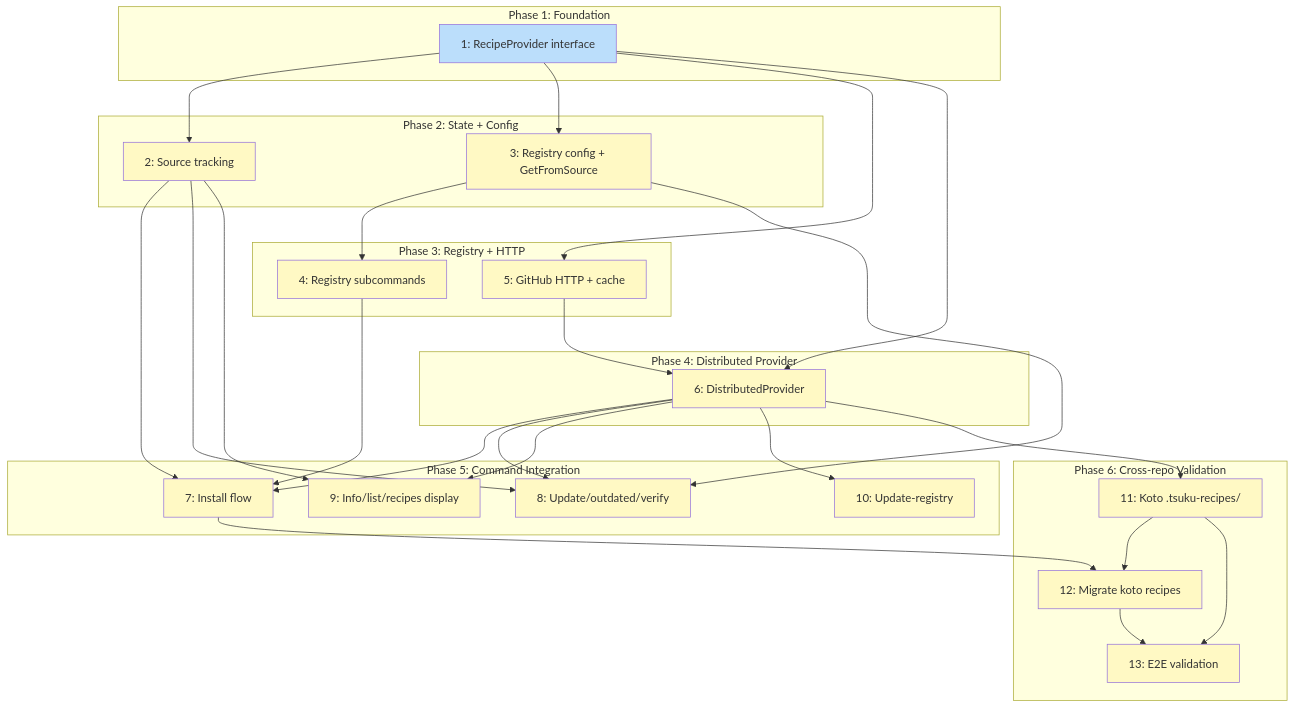
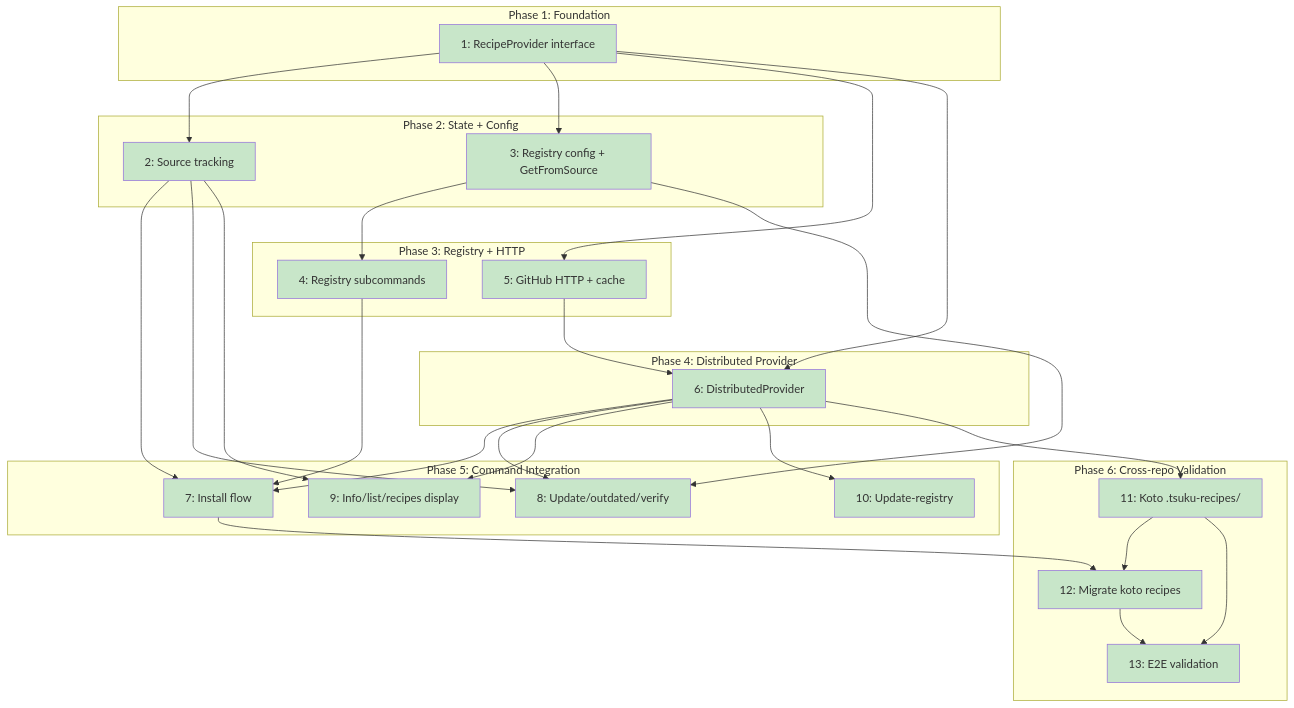
One commit to tsukumogami/tsuku changed the diagram in docs/plans/PLAN-distributed-recipes.md. Above: the diagram before and after it, drawn with Mermaid. The commit also changed other lines of this file, not shown here.

First line of the commit message:
docs(plan): mark PLAN-distributed-recipes as Done

````diff
--- a/docs/plans/PLAN-distributed-recipes.md
+++ b/docs/plans/PLAN-distributed-recipes.md
@@ -357,67 +357,66 @@
 ```mermaid
 graph TD
     subgraph Phase1["Phase 1: Foundation"]
         I1["1: RecipeProvider interface"]
     end
 
     subgraph Phase2["Phase 2: State + Config"]
         I2["2: Source tracking"]
         I3["3: Registry config + GetFromSource"]
     end
 
     subgraph Phase3["Phase 3: Registry + HTTP"]
         I4["4: Registry subcommands"]
         I5["5: GitHub HTTP + cache"]
     end
 
     subgraph Phase4["Phase 4: Distributed Provider"]
         I6["6: DistributedProvider"]
     end
 
     subgraph Phase5["Phase 5: Command Integration"]
         I7["7: Install flow"]
         I8["8: Update/outdated/verify"]
         I9["9: Info/list/recipes display"]
         I10["10: Update-registry"]
     end
 
     subgraph Phase6["Phase 6: Cross-repo Validation"]
         I11["11: Koto .tsuku-recipes/"]
         I12["12: Migrate koto recipes"]
         I13["13: E2E validation"]
     end
 
     I1 --> I2
     I1 --> I3
     I1 --> I5
     I1 --> I6
     I3 --> I4
     I5 --> I6
     I2 --> I7
     I4 --> I7
     I6 --> I7
     I2 --> I8
     I3 --> I8
     I6 --> I8
     I2 --> I9
     I6 --> I9
     I6 --> I10
     I6 --> I11
     I7 --> I12
     I11 --> I12
     I11 --> I13
     I12 --> I13
 
     classDef done fill:#c8e6c9
     classDef ready fill:#bbdefb
     classDef blocked fill:#fff9c4
     classDef needsDesign fill:#e1bee7
     classDef needsPrd fill:#b3e5fc
     classDef needsSpike fill:#ffcdd2
     classDef needsDecision fill:#d1c4e9
     classDef tracksDesign fill:#FFE0B2,stroke:#F57C00,color:#000
     classDef tracksPlan fill:#FFE0B2,stroke:#F57C00,color:#000
 
-    class I1 ready
-    class I2,I3,I4,I5,I6,I7,I8,I9,I10,I11,I12,I13 blocked
+    class I1,I2,I3,I4,I5,I6,I7,I8,I9,I10,I11,I12,I13 done
 ```
````
